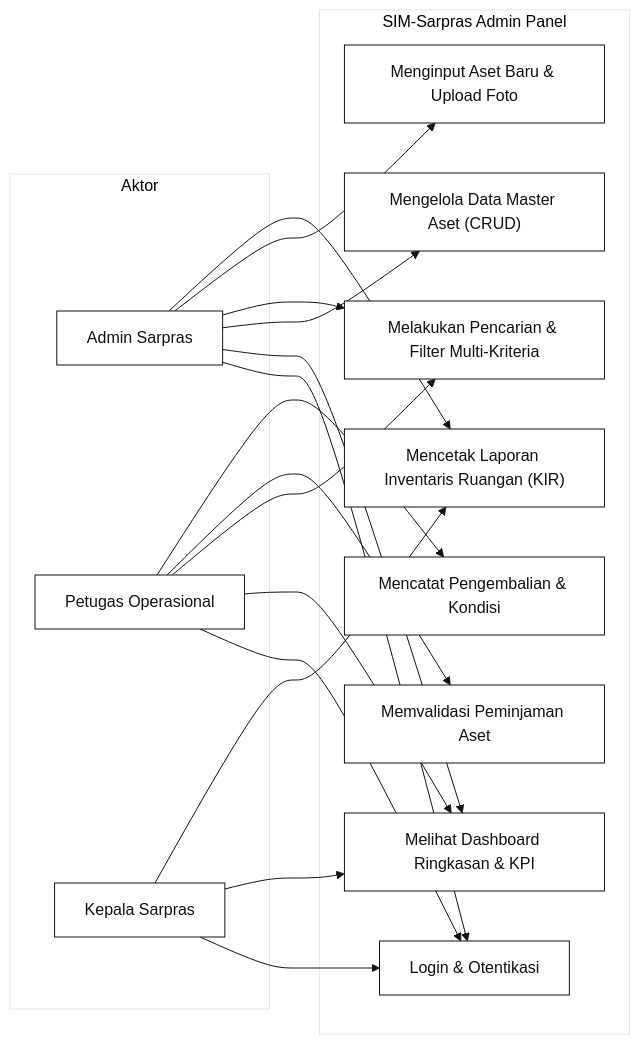
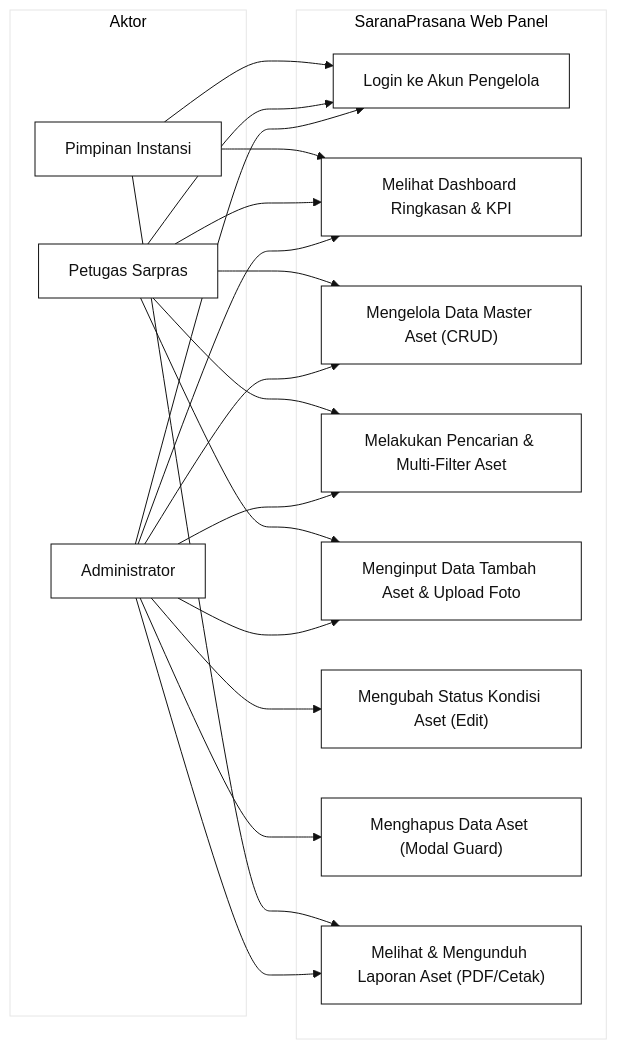
One commit to HeinrichRaxwell/Sarpras changed the fourth of 4 diagrams in docs/perancangan.md. Above: the diagram before and after it, drawn with Mermaid. The commit also changed other lines of this file and 10 other files, not shown here.

````diff
--- a/docs/perancangan.md
+++ b/docs/perancangan.md
@@ -250,37 +234,39 @@
 ```mermaid
 %%{init: {'theme': 'base', 'themeVariables': { 'primaryColor': '#ffffff', 'primaryBorderColor': '#111111', 'primaryTextColor': '#111111', 'lineColor': '#111111', 'secondaryColor': '#ffffff', 'tertiaryColor': '#ffffff' }}}%%
 flowchart LR
     subgraph Aktor
-        Admin["Admin Sarpras"]
-        Petugas["Petugas Operasional"]
-        Pimpinan["Kepala Sarpras"]
+        Admin["Administrator"]
+        Petugas["Petugas Sarpras"]
+        Pimpinan["Pimpinan Instansi"]
     end
 
-    subgraph Sistem["SIM-Sarpras Admin Panel"]
-        UC1["Login & Otentikasi"]
+    subgraph Sistem["SaranaPrasana Web Panel"]
+        UC1["Login ke Akun Pengelola"]
         UC2["Melihat Dashboard Ringkasan & KPI"]
         UC3["Mengelola Data Master Aset (CRUD)"]
-        UC4["Melakukan Pencarian & Filter Multi-Kriteria"]
-        UC5["Menginput Aset Baru & Upload Foto"]
-        UC6["Memvalidasi Peminjaman Aset"]
-        UC7["Mencatat Pengembalian & Kondisi"]
-        UC8["Mencetak Laporan Inventaris Ruangan (KIR)"]
+        UC4["Melakukan Pencarian & Multi-Filter Aset"]
+        UC5["Menginput Data Tambah Aset & Upload Foto"]
+        UC6["Mengubah Status Kondisi Aset (Edit)"]
+        UC7["Menghapus Data Aset (Modal Guard)"]
+        UC8["Melihat & Mengunduh Laporan Aset (PDF/Cetak)"]
     end
 
     Admin --> UC1
     Admin --> UC2
     Admin --> UC3
     Admin --> UC4
     Admin --> UC5
+    Admin --> UC6
+    Admin --> UC7
     Admin --> UC8
 
     Petugas --> UC1
     Petugas --> UC2
+    Petugas --> UC3
     Petugas --> UC4
-    Petugas --> UC6
-    Petugas --> UC7
+    Petugas --> UC5
 
     Pimpinan --> UC1
     Pimpinan --> UC2
     Pimpinan --> UC8
 ```
````
